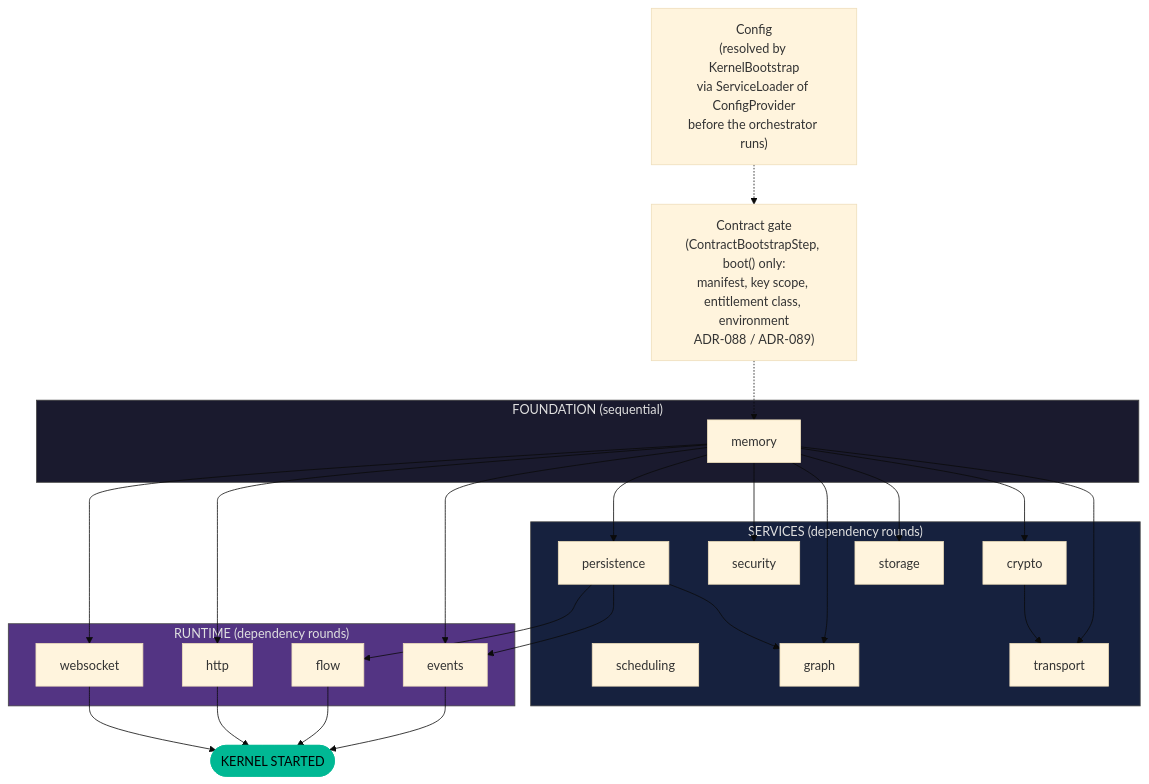
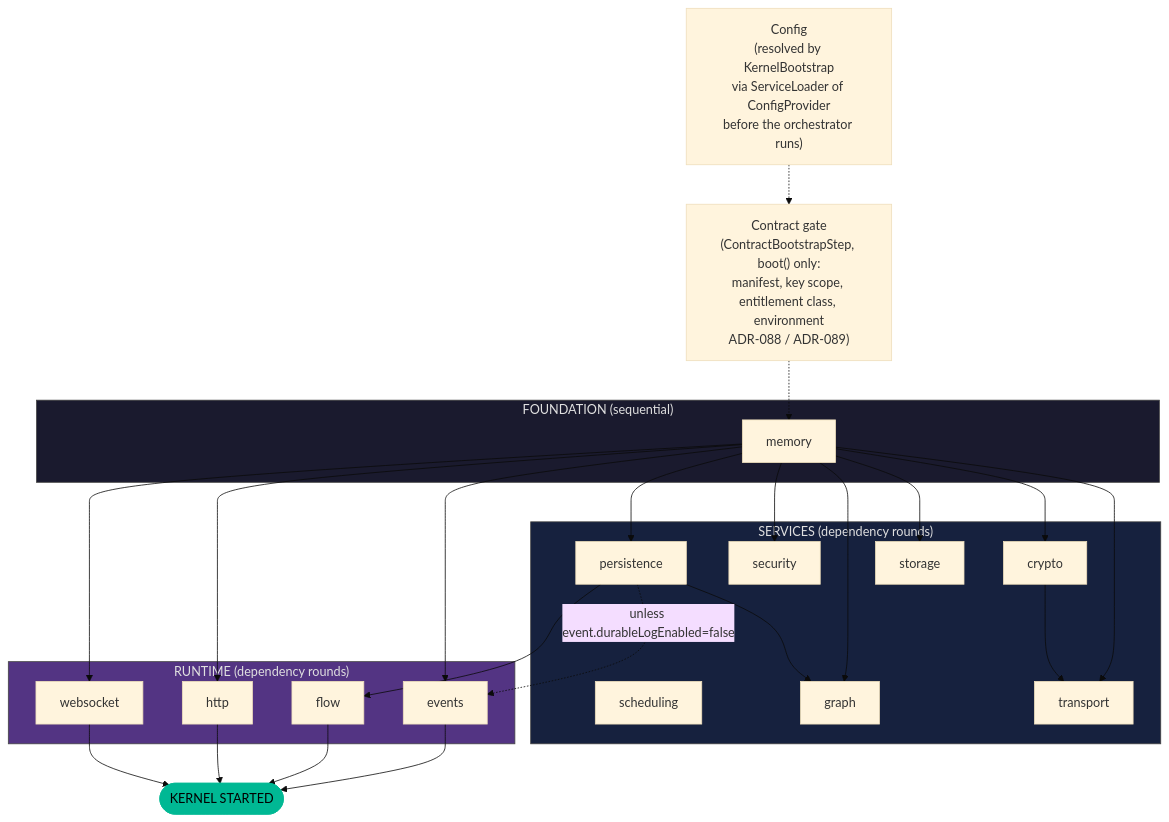
One commit to exeris-systems/exeris-kernel changed the first of 4 diagrams in docs/subsystems/bootstrap.md. Above: the diagram before and after it, drawn with Mermaid (base theme). The commit also changed other lines of this file and 71 other files, not shown here.

````diff
--- a/docs/subsystems/bootstrap.md
+++ b/docs/subsystems/bootstrap.md
@@ -113,41 +113,42 @@
 ```mermaid
 flowchart TD
     CFG["Config<br/>(resolved by KernelBootstrap<br/>via ServiceLoader of ConfigProvider<br/>before the orchestrator runs)"]
     LIC["Contract gate<br/>(ContractBootstrapStep, boot() only:<br/>manifest, key scope, entitlement class, environment<br/>ADR-088 / ADR-089)"]
 
     subgraph FOUNDATION["FOUNDATION (sequential)"]
         MEM[memory]
     end
 
     subgraph SERVICES["SERVICES (dependency rounds)"]
         CRP[crypto]
         SEC[security]
         PER[persistence]
         SCH[scheduling]
         STO[storage]
         GRP[graph]
         TRP[transport]
     end
 
     subgraph RUNTIME["RUNTIME (dependency rounds)"]
         EVT[events]
         FLW[flow]
         HTTP[http]
         WS[websocket]
     end
 
     CFG -.-> LIC
     LIC -.-> MEM
     MEM --> CRP & SEC & PER & STO & GRP & TRP
     CRP --> TRP
     PER --> GRP
     MEM --> EVT & HTTP & WS
-    PER --> EVT & FLW
+    PER --> FLW
+    PER -.->|"unless event.durableLogEnabled=false"| EVT
 
     EVT & FLW & HTTP & WS --> RDY([KERNEL STARTED])
 
     style FOUNDATION fill:#1a1a2e,color:#e0e0e0,stroke:#444
     style SERVICES fill:#16213e,color:#e0e0e0,stroke:#444
     style RUNTIME fill:#533483,color:#e0e0e0,stroke:#444
     style RDY fill:#00b894,color:#000,stroke:#00b894
 ```
````
